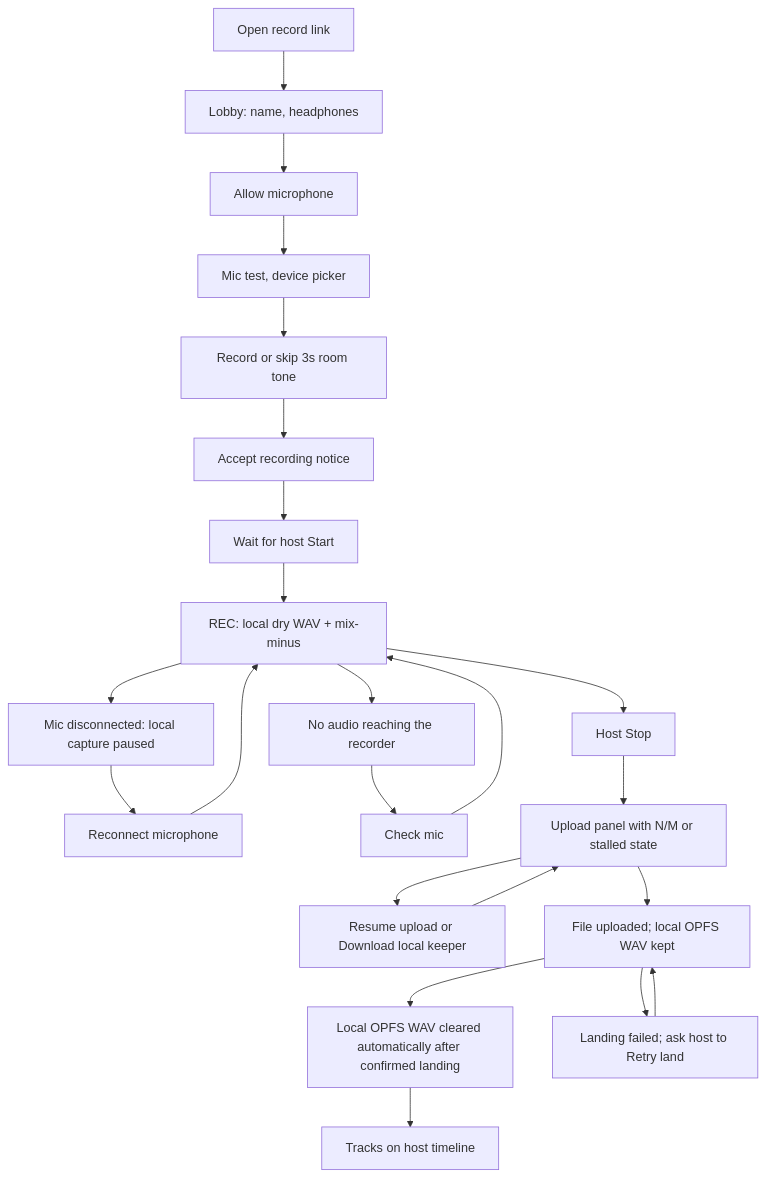
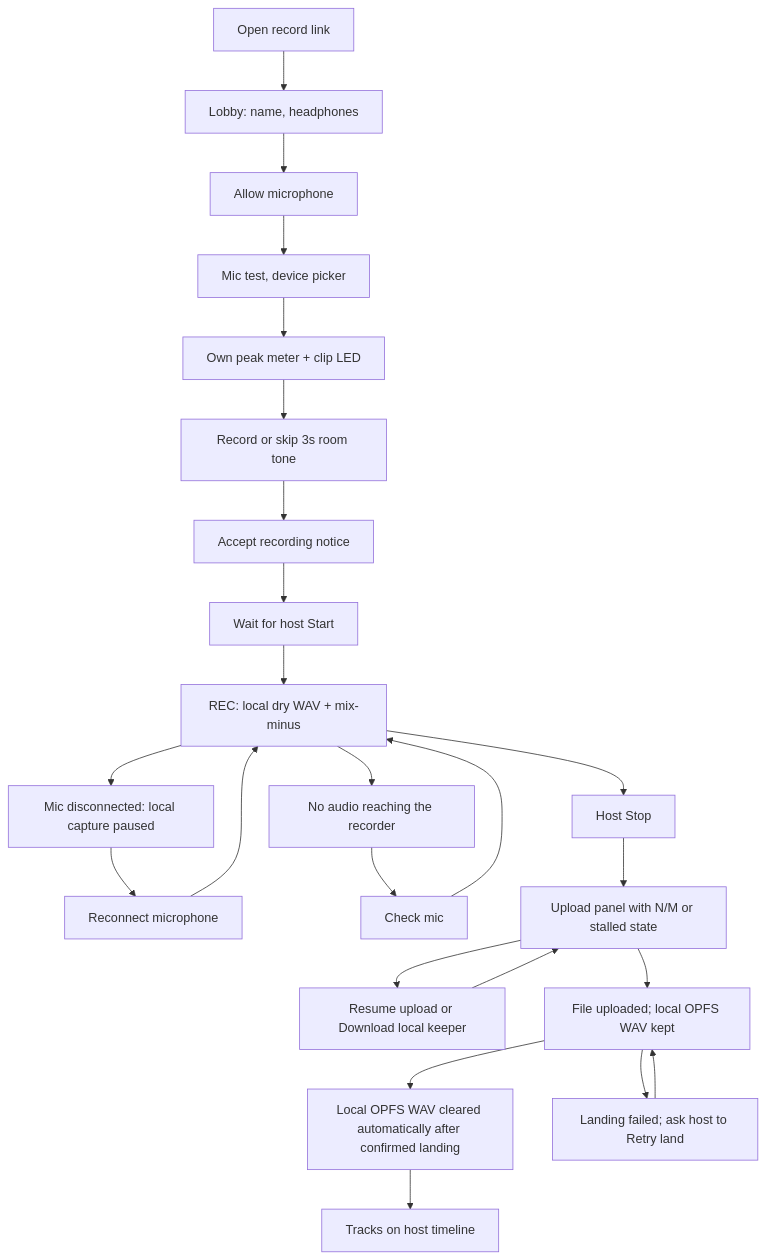
One commit to calebn/sharecut-studio changed the fifth of 6 diagrams in ux/pages/guest-journeys.md. Above: the diagram before and after it, drawn with Mermaid. The commit also changed other lines of this file and 12 other files, not shown here.

Commit message:
feat(record): own-mic peak meters in lobby, room and host panel

````diff
--- a/ux/pages/guest-journeys.md
+++ b/ux/pages/guest-journeys.md
@@ -127,25 +127,26 @@
 ```mermaid
 flowchart TD
   open[Open record link] --> lobby[Lobby: name, headphones]
   lobby --> devices[Allow microphone]
   devices --> mic[Mic test, device picker]
-  mic --> roomTone[Record or skip 3s room tone]
+  mic --> meter[Own peak meter + clip LED]
+  meter --> roomTone[Record or skip 3s room tone]
   roomTone --> consent[Accept recording notice]
   consent --> wait[Wait for host Start]
   wait --> rec[REC: local dry WAV + mix-minus]
   rec --> lost[Mic disconnected: local capture paused]
   lost --> reconnect[Reconnect microphone]
   reconnect --> rec
   rec --> silent[No audio reaching the recorder]
   silent --> check[Check mic]
   check --> rec
   rec --> stop[Host Stop]
   stop --> upload[Upload panel with N/M or stalled state]
   upload --> recovery[Resume upload or Download local keeper]
   recovery --> upload
   upload --> staged[File uploaded; local OPFS WAV kept]
   staged --> opfs[Local OPFS WAV cleared automatically after confirmed landing]
   staged --> failed[Landing failed; ask host to Retry land]
   failed --> staged
   opfs --> done[Tracks on host timeline]
 ```
````
